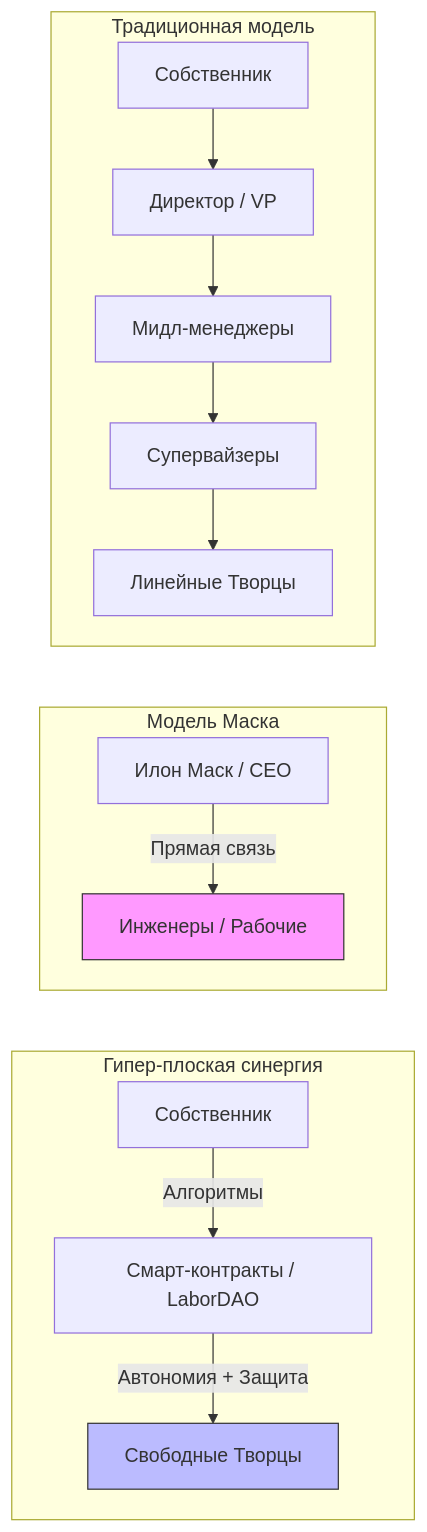
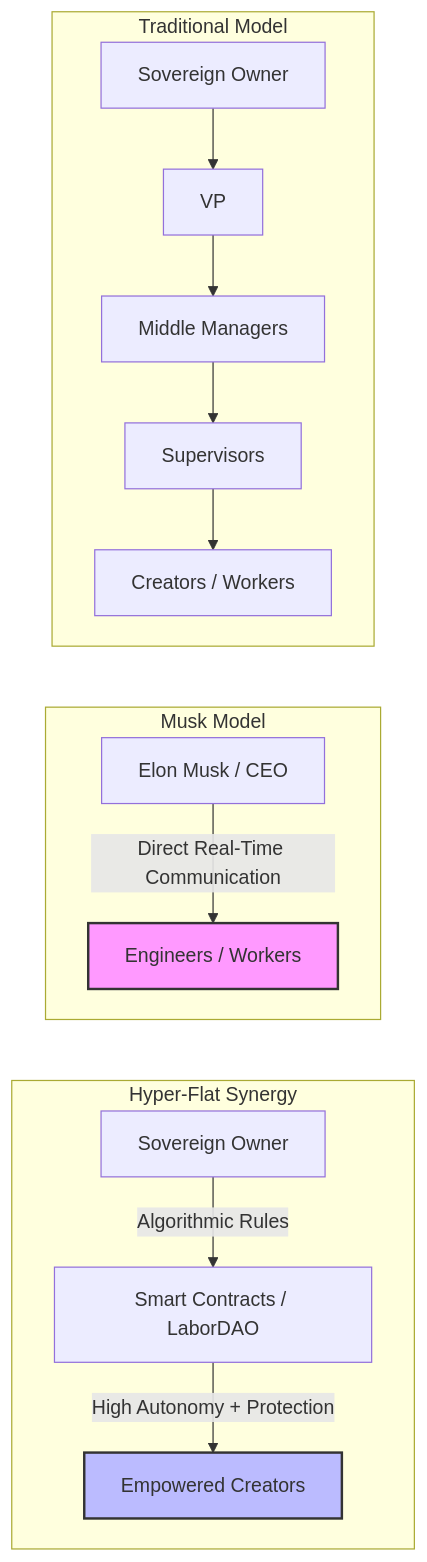
One commit to setextend/corporatesocial changed the diagram in whatif.md. Above: the diagram before and after it, drawn with Mermaid.

````diff
--- a/whatif.md
+++ b/whatif.md
@@ -13,37 +13,36 @@
 ```mermaid
 graph TD
     %% ---------------------------------------------------
-    %% ПЕРВЫЙ ГРАФ: Традиционная модель
+    %% FIRST GRAPH: Traditional Model
     %% ---------------------------------------------------
-    subgraph Традиционная модель
-        A[Собственник] --> B[Директор / VP]
-        B --> C[Мидл-менеджеры]
-        C --> D[Супервайзеры]
-        D --> E[Линейные Творцы]
+    subgraph Traditional Model
+        A[Sovereign Owner] --> B[VP]
+        B --> C[Middle Managers]
+        C --> D[Supervisors]
+        D --> E[Creators / Workers]
     end
 
-    %% ---------------------------------------------------
-    %% ВТОРОЙ ГРАФ: Модель Маска (находится строго под первым)
-    %% ---------------------------------------------------
-    subgraph Модель Маска
-        F[Илон Маск / СЕО] -->|Прямая связь| G[Инженеры / Рабочие]
-    end
-
-    %% Снимем автоматическое выравнивание в ряд, связав подграфы невидимой стрелкой
+    %% Invisible link to force vertical stacking
     E ~~~ F
 
     %% ---------------------------------------------------
-    %% ТРЕТИЙ ГРАФ: Гипер-плоская синергия (строго под вторым)
+    %% SECOND GRAPH: Musk Model
     %% ---------------------------------------------------
-    subgraph Гипер-плоская синергия
-        H[Собственник] -->|Алгоритмы| I[Смарт-контракты / LaborDAO]
-        I -->|Автономия + Защита| J[Свободные Творцы]
+    subgraph Musk Model
+        F[Elon Musk / CEO] -->|Direct Real-Time Communication| G[Engineers / Workers]
+        style G fill:#f9f,stroke:#333,stroke-width:2px;
+        %% High Burnout Rate implied
     end
 
-    %% Снова используем невидимую стрелку для фиксации порядка сверху-вниз
+    %% Invisible link to force vertical stacking
     G ~~~ H
 
-    %% Стилизация
-    style G fill:#f9f,stroke:#333;
-    style J fill:#bbf,stroke:#333;
+    %% ---------------------------------------------------
+    %% THIRD GRAPH: Hyper-Flat Synergy
+    %% ---------------------------------------------------
+    subgraph Hyper-Flat Synergy
+        H[Sovereign Owner] -->|Algorithmic Rules| I[Smart Contracts / LaborDAO]
+        I -->|High Autonomy + Protection| J[Empowered Creators]
+        style J fill:#bbf,stroke:#333,stroke-width:2px;
+    end
 ```
````
